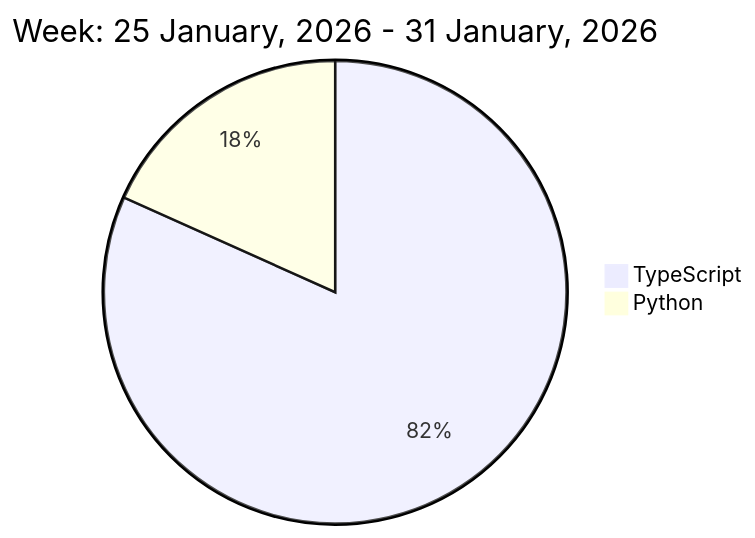
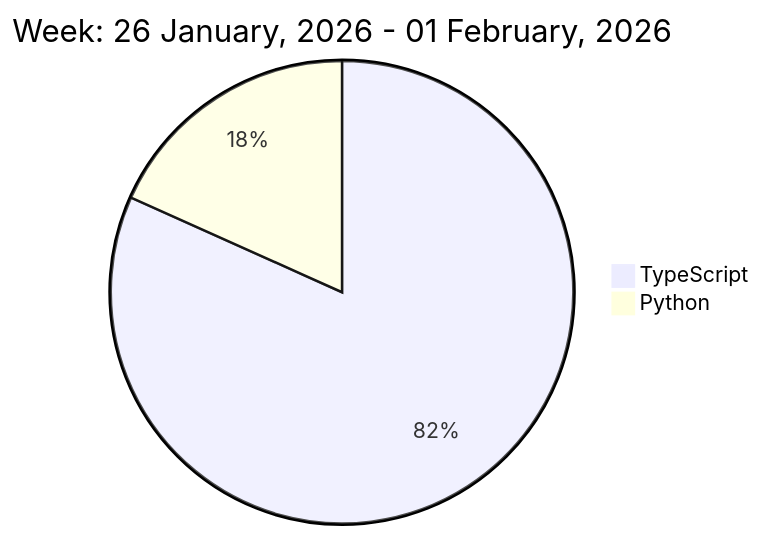
The diagram in README.md (liubin95/liubin95), drawn with Mermaid before and after one commit.

Commit message:
Updated the Graph with new Metrics

````diff
--- a/README.md
+++ b/README.md
@@ -37,6 +37,6 @@
 ```mermaid
  pie
-title Week: 25 January, 2026 - 31 January, 2026
+title Week: 26 January, 2026 - 01 February, 2026
  "TypeScript" : 13.18
  "Python" : 2.95
 ```
````
